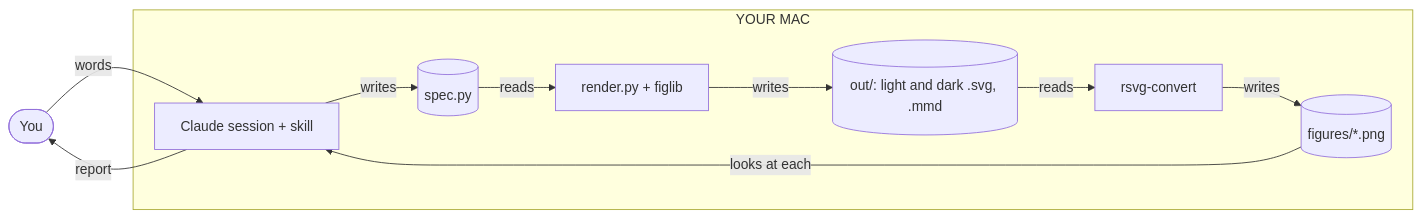
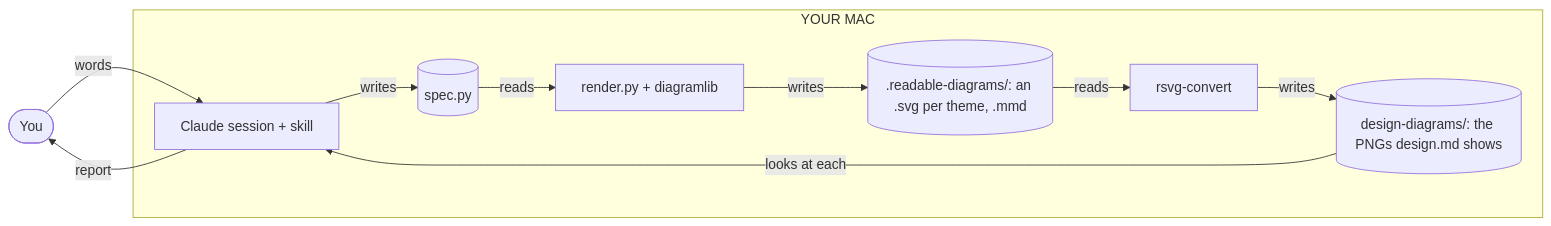
The first of 2 diagrams in skills/readable-diagrams/HOW-IT-WORKS.md (DanTanzer/dans-skills), drawn with Mermaid before and after one commit. The commit also changed other lines of this file and 28 other files, not shown here.

````diff
--- a/skills/readable-diagrams/HOW-IT-WORKS.md
+++ b/skills/readable-diagrams/HOW-IT-WORKS.md
@@ -41,14 +41,14 @@
 ```mermaid
 flowchart LR
   you(["You"])
   subgraph mac["YOUR MAC"]
     claude["Claude session + skill"] -->|writes| spec[("spec.py")]
-    spec -->|reads| render["render.py + figlib"]
-    render -->|writes| outdir[("out/: light and dark .svg, .mmd")]
-    outdir -->|reads| exporter["rsvg-convert"]
-    exporter -->|writes| pngs[("figures/*.png")]
+    spec -->|reads| render["render.py + diagramlib"]
+    render -->|writes| build[(".readable-diagrams/: an .svg per theme, .mmd")]
+    build -->|reads| exporter["rsvg-convert"]
+    exporter -->|writes| pngs[("design-diagrams/: the PNGs design.md shows")]
     pngs -->|looks at each| claude
   end
   you -->|words| claude
   claude -->|report| you
 ```
````
